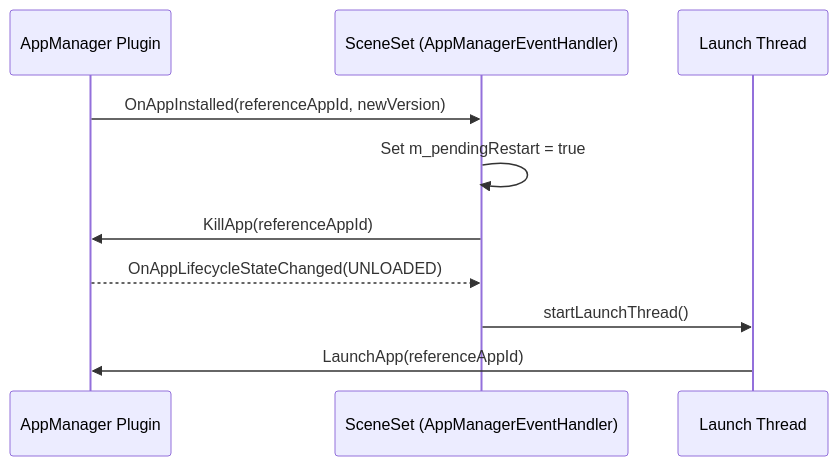
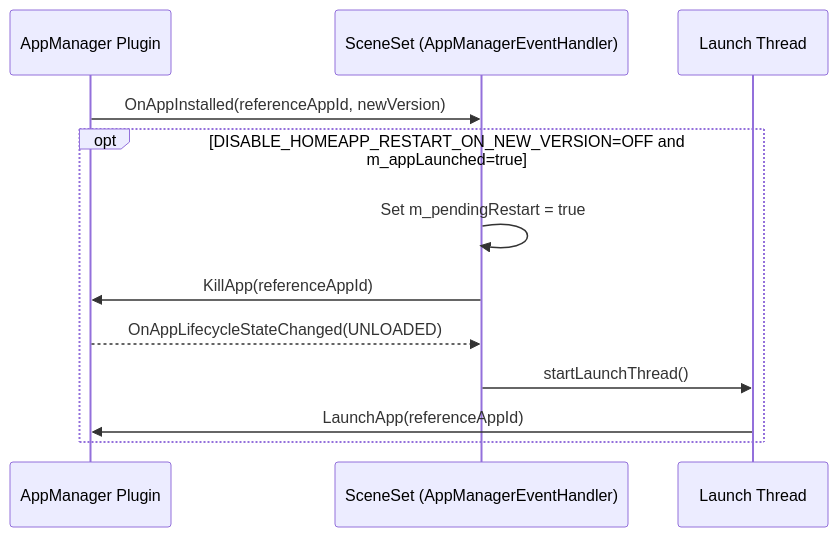
The fourth of 4 diagrams in docs/README.md (gourivarma3/sceneset), drawn with Mermaid before and after one commit. The commit also changed other lines of this file, not shown here.

Commit message:
RDKDEV-1434: Addressed review comments

````diff
--- a/docs/README.md
+++ b/docs/README.md
@@ -242,13 +242,15 @@
 ```mermaid
 sequenceDiagram
     participant AppMgr as AppManager Plugin
     participant SceneSet as SceneSet (AppManagerEventHandler)
     participant LaunchThread as Launch Thread
 
     AppMgr->>SceneSet: OnAppInstalled(referenceAppId, newVersion)
-    SceneSet->>SceneSet: Set m_pendingRestart = true
-    SceneSet->>AppMgr: KillApp(referenceAppId)
-    AppMgr-->>SceneSet: OnAppLifecycleStateChanged(UNLOADED)
-    SceneSet->>LaunchThread: startLaunchThread()
-    LaunchThread->>AppMgr: LaunchApp(referenceAppId)
+    opt DISABLE_HOMEAPP_RESTART_ON_NEW_VERSION=OFF and m_appLaunched=true
+        SceneSet->>SceneSet: Set m_pendingRestart = true
+        SceneSet->>AppMgr: KillApp(referenceAppId)
+        AppMgr-->>SceneSet: OnAppLifecycleStateChanged(UNLOADED)
+        SceneSet->>LaunchThread: startLaunchThread()
+        LaunchThread->>AppMgr: LaunchApp(referenceAppId)
+    end
 ```
````
